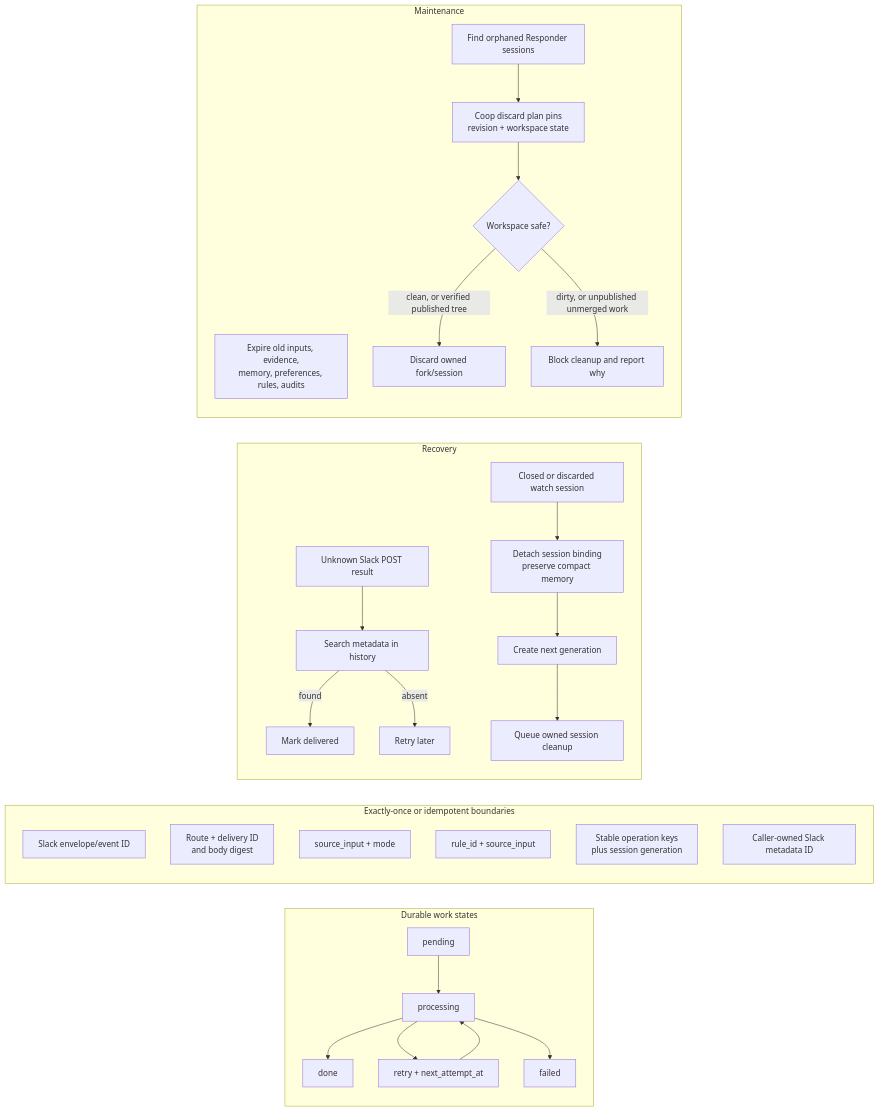
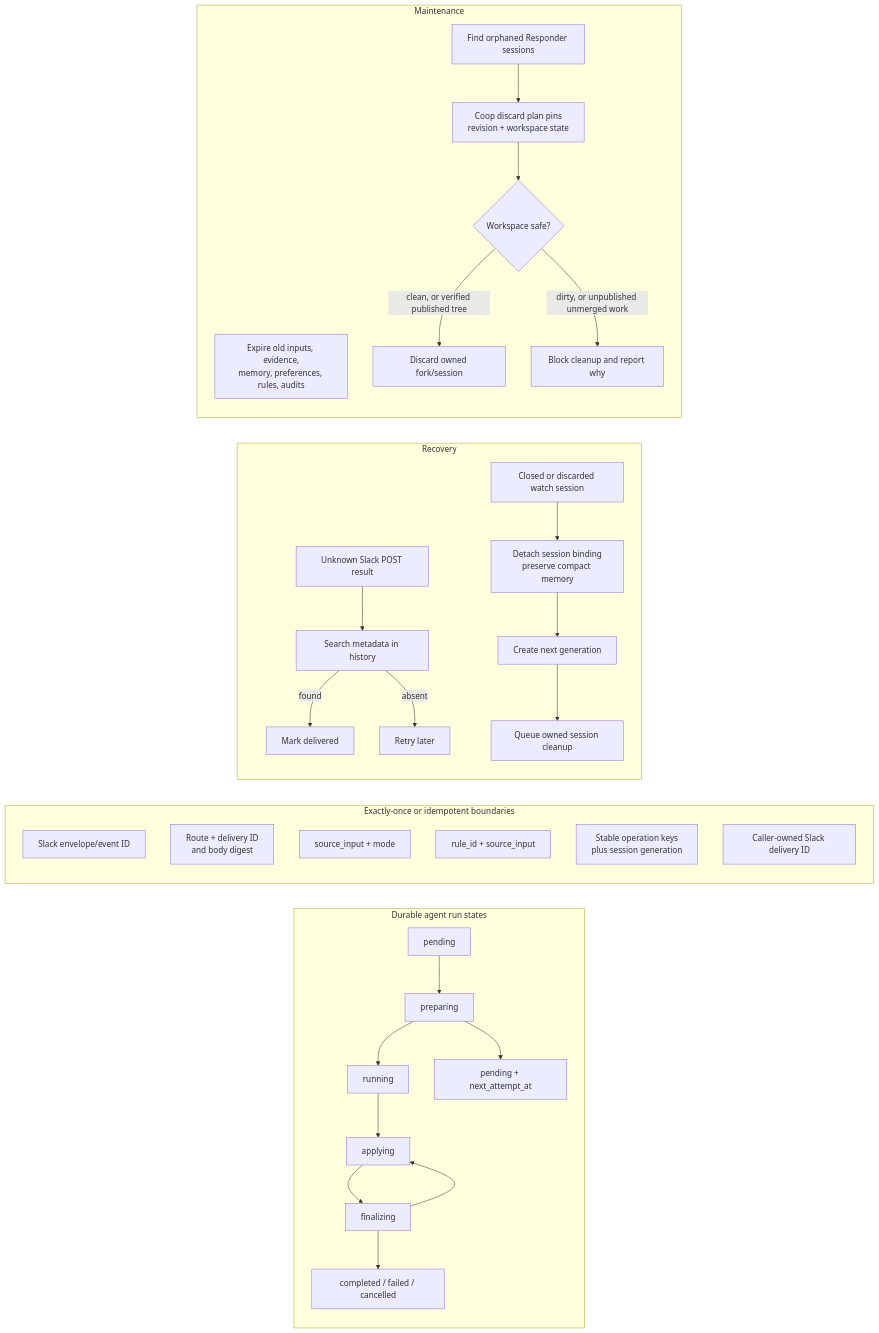
Before and after one commit to AndrewDryga/ryker: the tenth of 11 diagrams in docs/how-responder-works.md, drawn with Mermaid. The commit also changed other lines of this file and 29 other files, not shown here.

Commit message:
Unify durable Slack and agent processing

````diff
--- a/docs/how-responder-works.md
+++ b/docs/how-responder-works.md
@@ -416,40 +426,42 @@
 ```mermaid
 flowchart LR
-  subgraph Queues["Durable work states"]
-    Pending["pending"] --> Processing["processing"]
-    Processing --> Done["done"]
-    Processing --> Retry["retry + next_attempt_at"]
-    Retry --> Processing
-    Processing --> Failed["failed"]
+  subgraph Runs["Durable agent run states"]
+    Pending["pending"] --> Preparing["preparing"]
+    Preparing --> Running["running"]
+    Running --> Applying["applying"]
+    Applying --> Finalizing["finalizing"]
+    Finalizing --> Done["completed / failed / cancelled"]
+    Preparing --> Retry["pending + next_attempt_at"]
+    Finalizing --> Applying
   end
 
   subgraph Once["Exactly-once or idempotent boundaries"]
     SlackOnce["Slack envelope/event ID"]
     WebhookOnce["Route + delivery ID<br/>and body digest"]
     DecisionOnce["source_input + mode"]
     RuleOnce["rule_id + source_input"]
     CoopOnce["Stable operation keys<br/>plus session generation"]
-    OutboxOnce["Caller-owned Slack metadata ID"]
+    DeliveryOnce["Caller-owned Slack delivery ID"]
   end
 
   subgraph Recovery["Recovery"]
     LostSlack["Unknown Slack POST result"] --> SearchSlack["Search metadata in history"]
     SearchSlack -->|"found"| ConfirmPost["Mark delivered"]
     SearchSlack -->|"absent"| RetryPost["Retry later"]
     TerminalSession["Closed or discarded watch session"] --> Detach["Detach session binding<br/>preserve compact memory"]
     Detach --> NextGeneration["Create next generation"]
     NextGeneration --> CleanupQueue["Queue owned session cleanup"]
   end
 
   subgraph GC["Maintenance"]
     Expire["Expire old inputs, evidence,<br/>memory, preferences, rules, audits"]
     Reconcile["Find orphaned Responder sessions"]
     Plan["Coop discard plan pins<br/>revision + workspace state"]
     Guard{"Workspace safe?"}
     Discard["Discard owned fork/session"]
     Block["Block cleanup and report why"]
     Reconcile --> Plan --> Guard
     Guard -- "clean, or verified published tree" --> Discard
     Guard -- "dirty, or unpublished unmerged work" --> Block
   end
 ```
````
